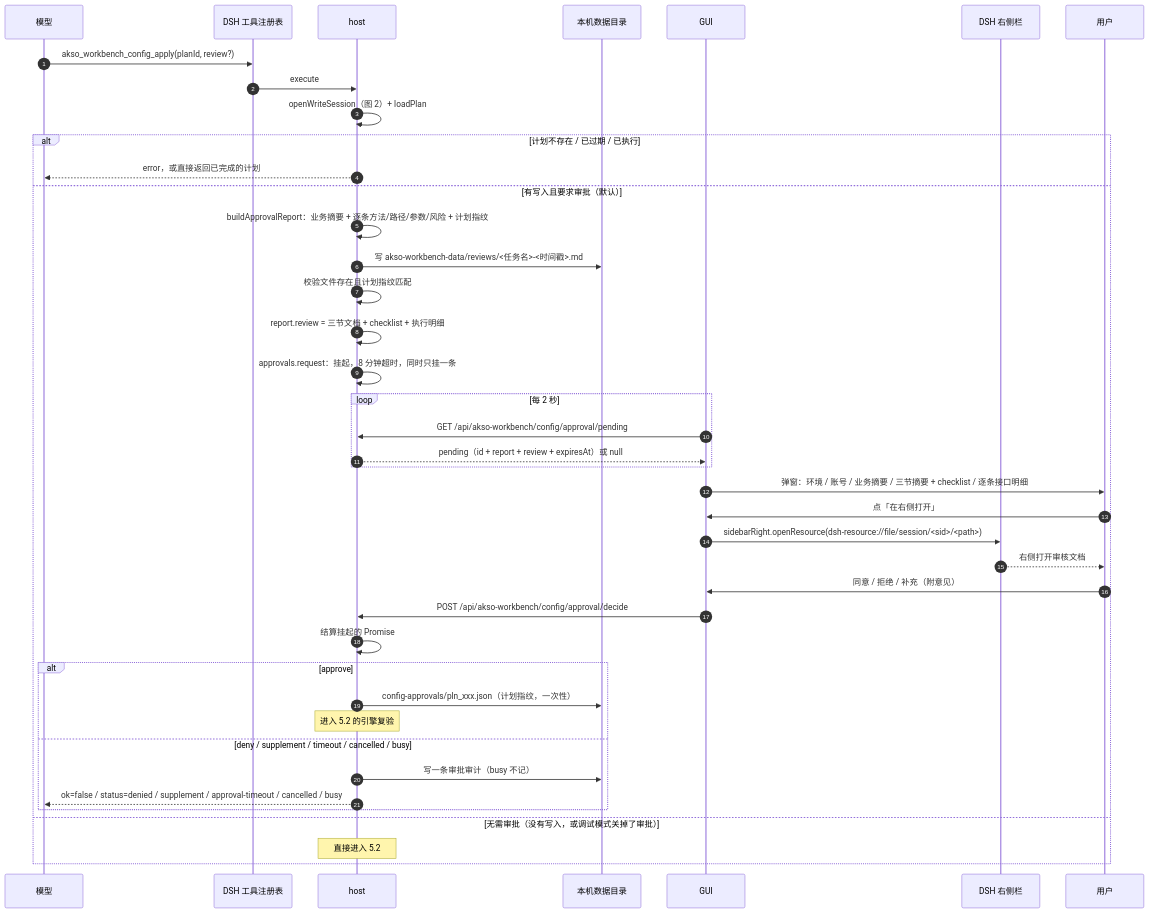
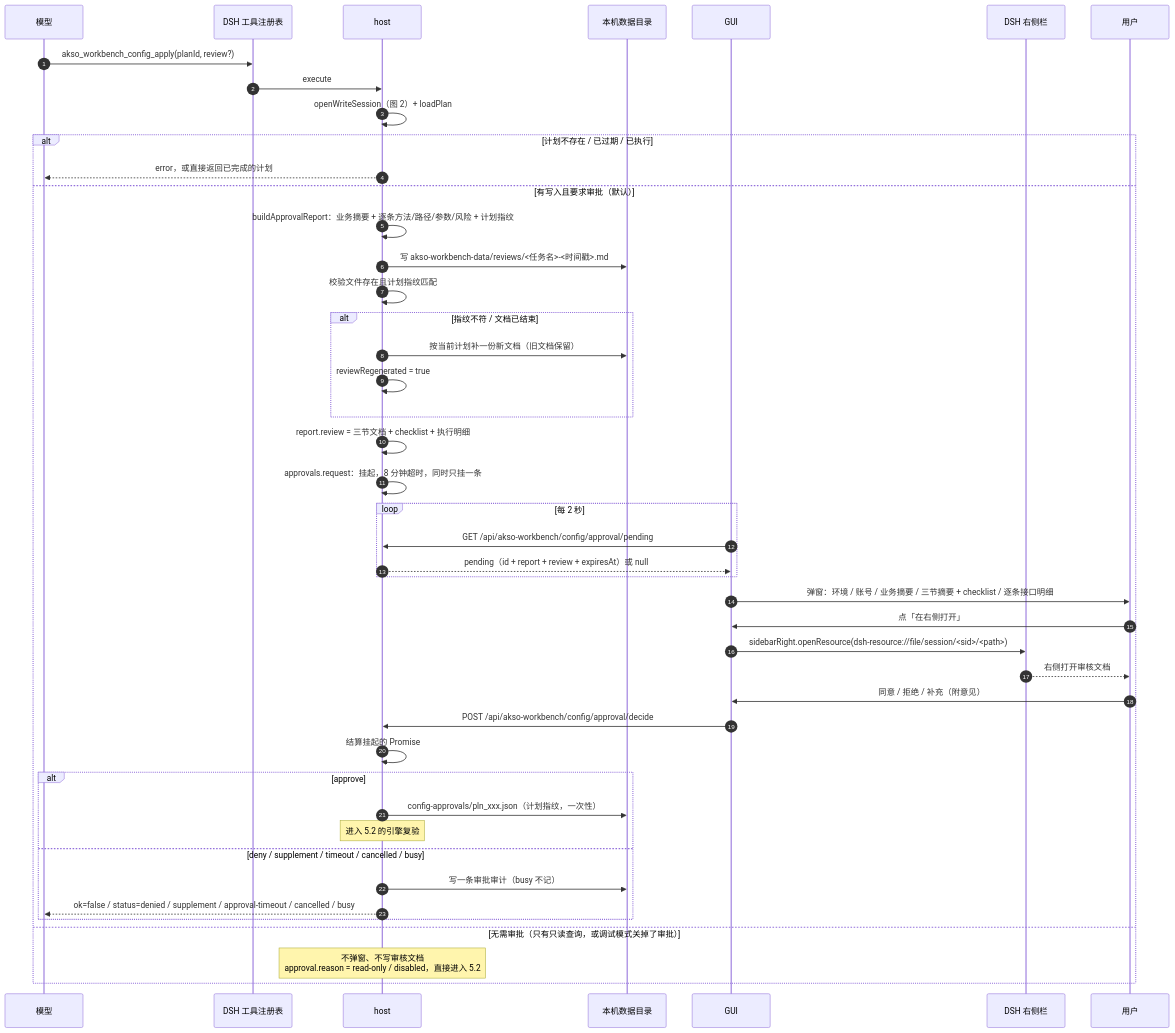
Before and after one commit to jizi-dragon/akso-workbench: the fifth of 8 diagrams in docs/knowledge/agent调用时序.md, drawn with Mermaid. The commit also changed other lines of this file and 23 other files, not shown here.

````diff
--- a/docs/knowledge/agent调用时序.md
+++ b/docs/knowledge/agent调用时序.md
@@ -231,44 +238,48 @@
 ```mermaid
 sequenceDiagram
     autonumber
     participant A as 模型
     participant D as DSH 工具注册表
     participant H as host
     participant F as 本机数据目录
     participant G as GUI
     participant R as DSH 右侧栏
     participant U as 用户
 
     A->>D: akso_workbench_config_apply(planId, review?)
     D->>H: execute
     H->>H: openWriteSession（图 2）+ loadPlan
     alt 计划不存在 / 已过期 / 已执行
         H-->>A: error，或直接返回已完成的计划
     else 有写入且要求审批（默认）
         H->>H: buildApprovalReport：业务摘要 + 逐条方法/路径/参数/风险 + 计划指纹
         H->>F: 写 akso-workbench-data/reviews/<任务名>-<时间戳>.md
         H->>H: 校验文件存在且计划指纹匹配
+        alt 指纹不符 / 文档已结束
+            H->>F: 按当前计划补一份新文档（旧文档保留）
+            H->>H: reviewRegenerated = true
+        end
         H->>H: report.review = 三节文档 + checklist + 执行明细
         H->>H: approvals.request：挂起，8 分钟超时，同时只挂一条
         loop 每 2 秒
             G->>H: GET /api/akso-workbench/config/approval/pending
             H-->>G: pending（id + report + review + expiresAt）或 null
         end
         G->>U: 弹窗：环境 / 账号 / 业务摘要 / 三节摘要 + checklist / 逐条接口明细
         U->>G: 点「在右侧打开」
         G->>R: sidebarRight.openResource(dsh-resource://file/session/<sid>/<path>)
         R-->>U: 右侧打开审核文档
         U->>G: 同意 / 拒绝 / 补充（附意见）
         G->>H: POST /api/akso-workbench/config/approval/decide
         H->>H: 结算挂起的 Promise
         alt approve
             H->>F: config-approvals/pln_xxx.json（计划指纹，一次性）
             Note over H: 进入 5.2 的引擎复验
         else deny / supplement / timeout / cancelled / busy
             H->>F: 写一条审批审计（busy 不记）
             H-->>A: ok=false / status=denied / supplement / approval-timeout / cancelled / busy
         end
-    else 无需审批（没有写入，或调试模式关掉了审批）
-        Note over H: 直接进入 5.2
+    else 无需审批（只有只读查询，或调试模式关掉了审批）
+        Note over H: 不弹窗、不写审核文档<br/>approval.reason = read-only / disabled，直接进入 5.2
     end
 ```
````
